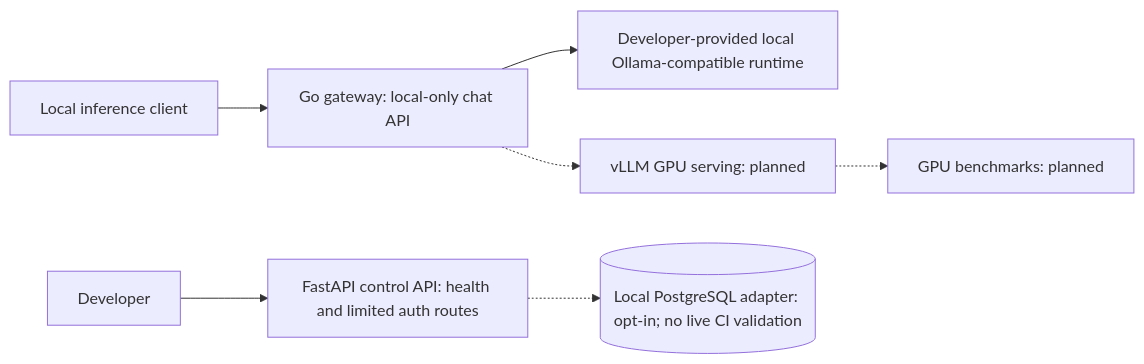
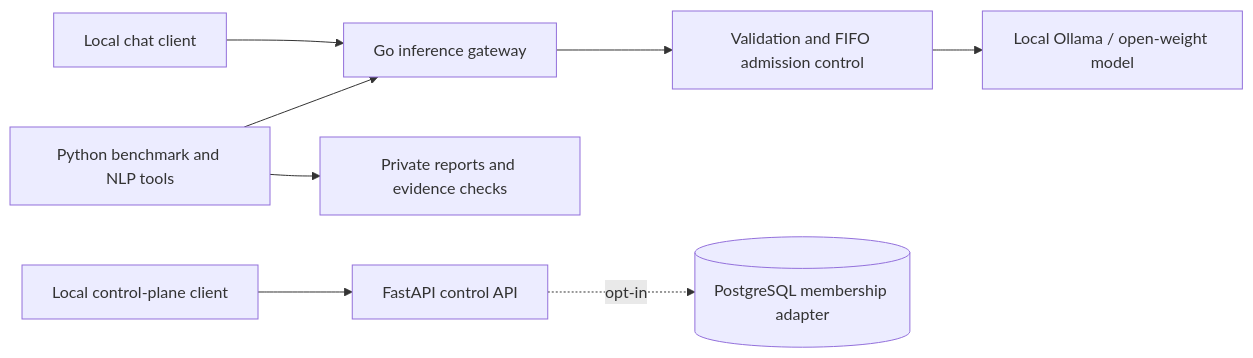
One commit to naim-munshi/metriqen-llm-serving-optimization changed the diagram in README.md. Above: the diagram before and after it, drawn with Mermaid. The commit also changed other lines of this file, not shown here.

````diff
--- a/README.md
+++ b/README.md
@@ -73,9 +25,10 @@
 ```mermaid
 flowchart LR
-    Dev[Developer] --> API[FastAPI control API: health and limited auth routes]
-    Client[Local inference client] --> Gateway[Go gateway: local-only chat API]
-    Gateway --> Local[Developer-provided local Ollama-compatible runtime]
-    Gateway -.-> LLM[vLLM GPU serving: planned]
-    API -.-> DB[(Local PostgreSQL adapter: opt-in; no live CI validation)]
-    LLM -.-> Eval[GPU benchmarks: planned]
+    Client[Local chat client] --> Gateway[Go inference gateway]
+    Gateway --> Admission[Validation and FIFO admission control]
+    Admission --> Ollama[Local Ollama / open-weight model]
+    Runner[Python benchmark and NLP tools] --> Gateway
+    Runner --> Evidence[Private reports and evidence checks]
+    Admin[Local control-plane client] --> API[FastAPI control API]
+    API -. opt-in .-> DB[(PostgreSQL membership adapter)]
 ```
````
